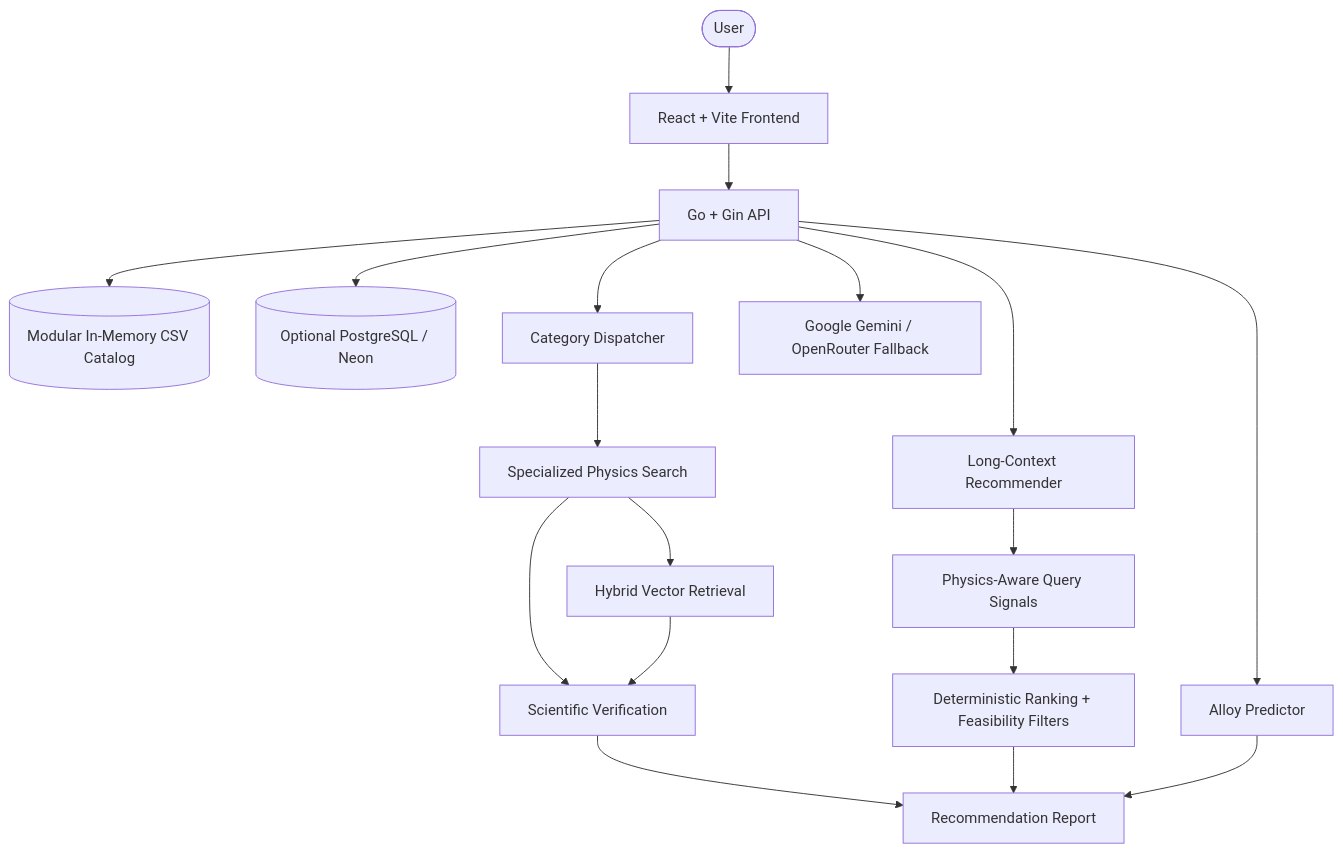
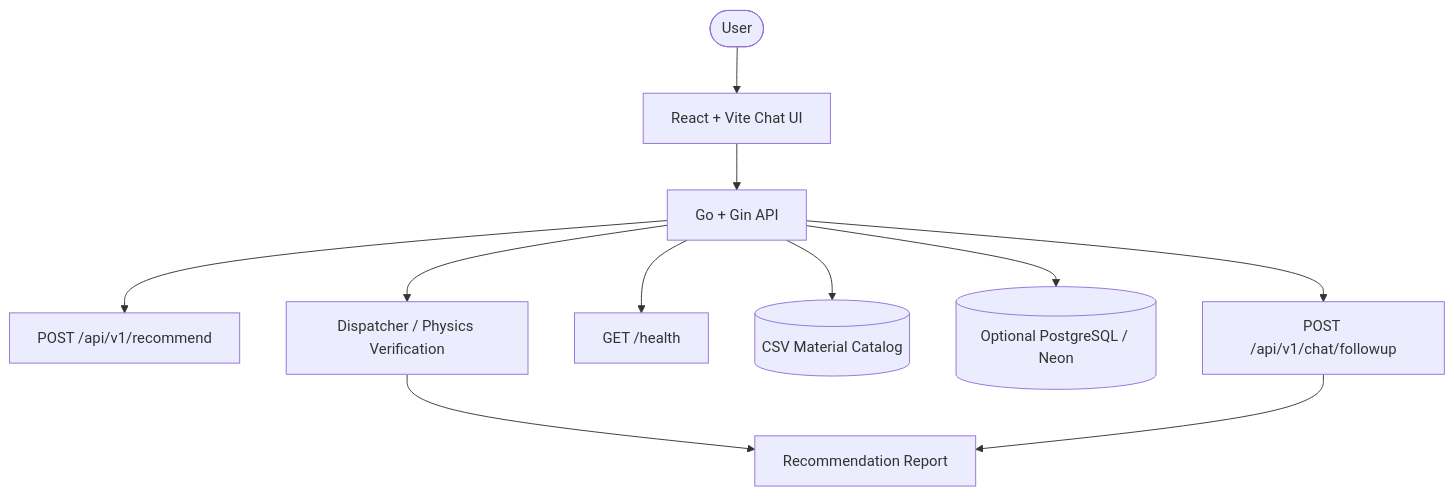
Before and after one commit to VivekWar/met-quest3: the diagram in README.md, drawn with Mermaid. The commit also changed other lines of this file, not shown here.

Commit message:
docs: update README for chat flow

````diff
--- a/README.md
+++ b/README.md
@@ -37,20 +42,13 @@
 ```mermaid
 graph TD
-    User([User]) --> Frontend[React + Vite Frontend]
+    User([User]) --> Frontend[React + Vite Chat UI]
     Frontend --> API[Go + Gin API]
-    API --> CSV[(Modular In-Memory CSV Catalog)]
+    API --> Recommend[POST /api/v1/recommend]
+    API --> FollowUp[POST /api/v1/chat/followup]
+    API --> Health[GET /health]
+    API --> CSV[(CSV Material Catalog)]
     API --> PG[(Optional PostgreSQL / Neon)]
-    API --> Legacy[Long-Context Recommender]
-    Legacy --> Signals[Physics-Aware Query Signals]
-    Signals --> Fallbacks[Deterministic Ranking + Feasibility Filters]
-    API --> Dispatcher[Category Dispatcher]
-    Dispatcher --> Search[Specialized Physics Search]
-    Search --> Vector[Hybrid Vector Retrieval]
-    Search --> Analysis[Scientific Verification]
-    Vector --> Analysis
-    API --> Predictor[Alloy Predictor]
-    API --> LLM[Google Gemini / OpenRouter Fallback]
-    Analysis --> Response[Recommendation Report]
-    Fallbacks --> Response
-    Predictor --> Response
+    API --> Dispatcher[Dispatcher / Physics Verification]
+    Dispatcher --> Report[Recommendation Report]
+    FollowUp --> Report
 ```
````
